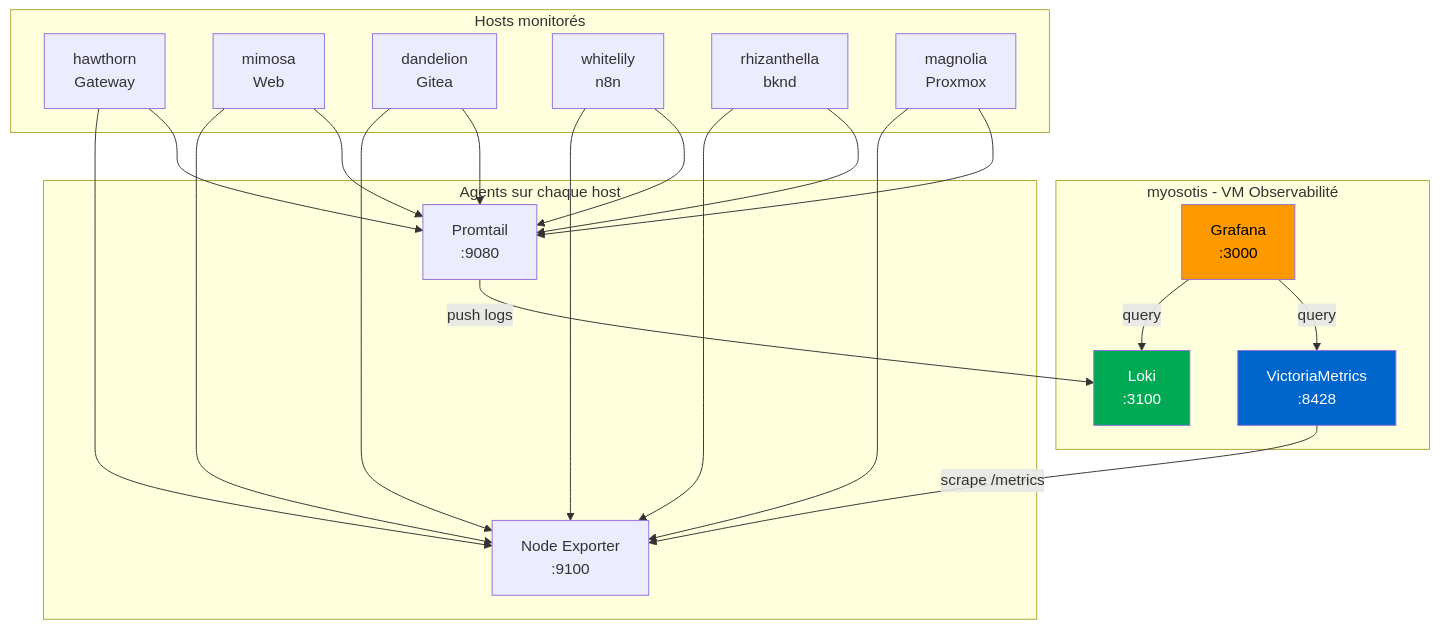
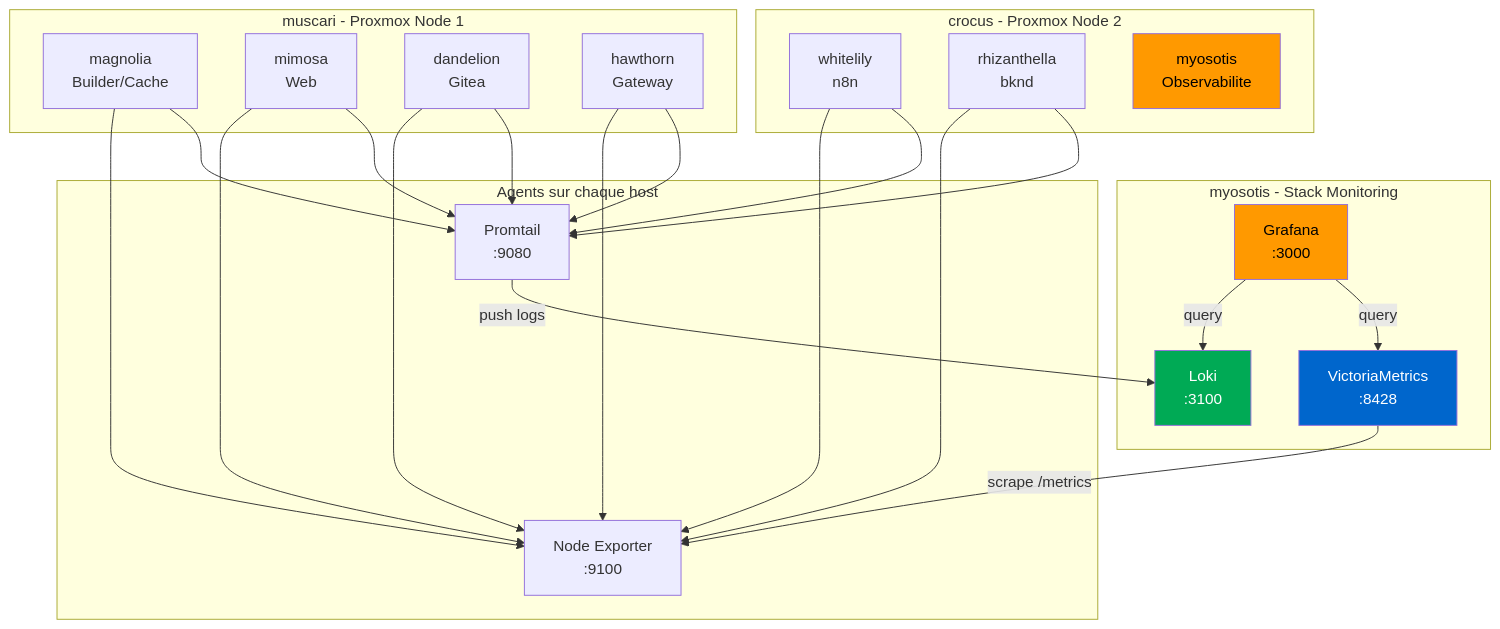
The diagram in docs/plans/MYOSOTIS-TASKS.md (JeremieAlcaraz/nix-config), drawn with Mermaid before and after one commit. The commit also changed other lines of this file and 1 other file, not shown here.

````diff
--- a/docs/plans/MYOSOTIS-TASKS.md
+++ b/docs/plans/MYOSOTIS-TASKS.md
@@ -11,35 +11,40 @@
 ```mermaid
 graph TB
-    subgraph "Hosts monitorés"
-        H[hawthorn<br/>Gateway]
+    subgraph "muscari - Proxmox Node 1"
+        MG[magnolia<br/>Builder/Cache]
         M[mimosa<br/>Web]
         D[dandelion<br/>Gitea]
+        H[hawthorn<br/>Gateway]
+    end
+
+    subgraph "crocus - Proxmox Node 2"
         W[whitelily<br/>n8n]
         R[rhizanthella<br/>bknd]
-        MG[magnolia<br/>Proxmox]
+        MY[myosotis<br/>Observabilite]
     end
 
-    subgraph "myosotis - VM Observabilité"
+    subgraph "myosotis - Stack Monitoring"
         G[Grafana<br/>:3000]
         L[Loki<br/>:3100]
         VM[VictoriaMetrics<br/>:8428]
     end
 
     subgraph "Agents sur chaque host"
         NE[Node Exporter<br/>:9100]
         PT[Promtail<br/>:9080]
     end
 
-    H & M & D & W & R & MG --> NE
-    H & M & D & W & R & MG --> PT
+    MG & M & D & H & W & R --> NE
+    MG & M & D & H & W & R --> PT
 
     PT -->|push logs| L
     VM -->|scrape /metrics| NE
 
     G -->|query| L
     G -->|query| VM
 
     style G fill:#ff9900,color:#000
     style L fill:#00aa55,color:#fff
     style VM fill:#0066cc,color:#fff
+    style MY fill:#ff9900,color:#000
 ```
````
